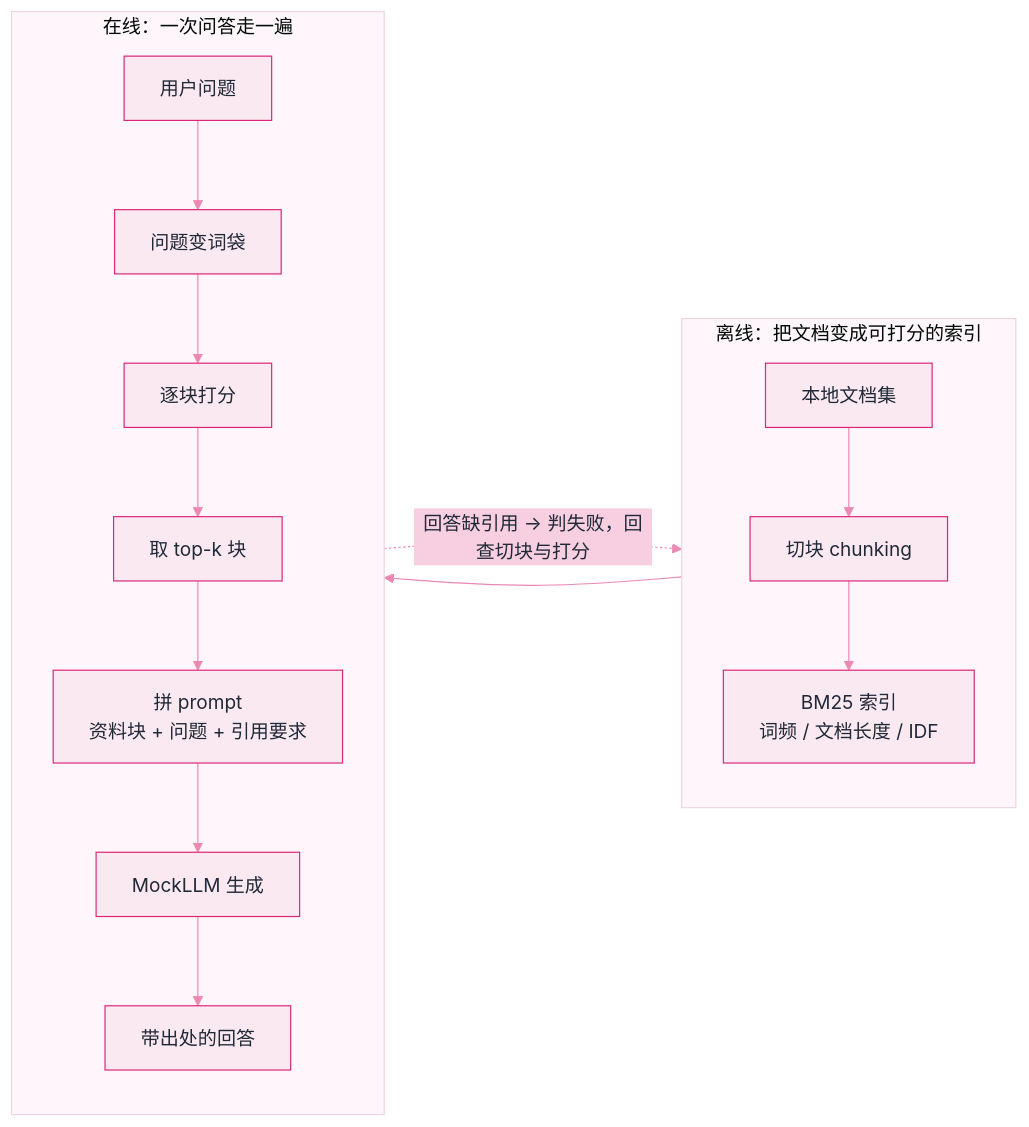
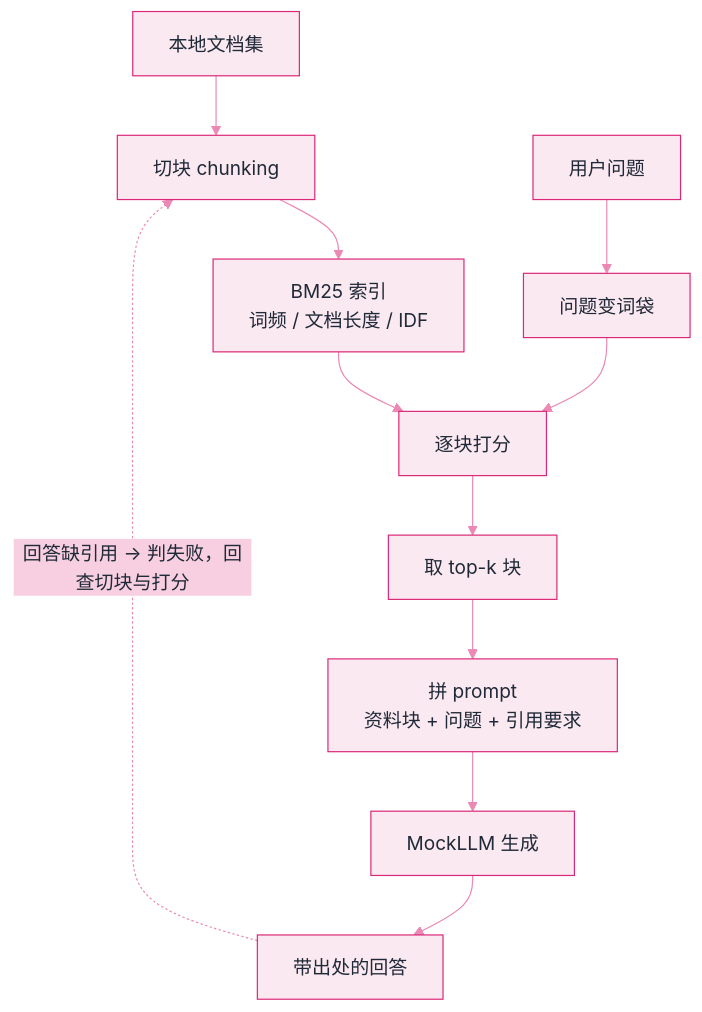
Before and after one commit to funny8kids/ai-agent-handbook: the diagram in docs/19-labs/lab2-rag.md, drawn with Mermaid. The commit also changed other lines of this file and 2 other files, not shown here.

Commit message:
Fix Lab 2 diagram legibility and recount hint cards
The swimlane form lost its inner direction once edges crossed lanes,
so the retrieval pipeline is a plain vertical flowchart again and is
readable at GitBook's content width. Hint-card totals in the README and
changelog now exclude the four examples nested in template code fences.

````diff
--- a/docs/19-labs/lab2-rag.md
+++ b/docs/19-labs/lab2-rag.md
@@ -17,20 +17,14 @@
 ```mermaid
 %%{init: {"theme":"base","themeVariables":{"primaryColor":"#FBE9F1","primaryBorderColor":"#DB2777","primaryTextColor":"#1F2937","secondaryColor":"#F7CFE1","tertiaryColor":"#FEF6FA","lineColor":"#EB88B4","actorBkg":"#FDF0F5","actorBorder":"#DB2777","actorTextColor":"#1F2937","signalColor":"#E5619C","noteBkgColor":"#F9DCE9","noteBorderColor":"#DB2777","noteTextColor":"#1F2937","labelBoxBkgColor":"#FBE9F1","labelBoxBorderColor":"#DB2777"}}}%%
-flowchart LR
-    subgraph OFF["离线：把文档变成可打分的索引"]
-        direction TB
-        DOC["本地文档集"] --> CHK["切块 chunking"]
-        CHK --> IDX["BM25 索引<br/>词频 / 文档长度 / IDF"]
-    end
-    subgraph ON["在线：一次问答走一遍"]
-        direction TB
-        Q["用户问题"] --> TOK["问题变词袋"]
-        TOK --> SC["逐块打分"]
-        SC --> TOPK["取 top-k 块"]
-        TOPK --> PR["拼 prompt<br/>资料块 + 问题 + 引用要求"]
-        PR --> LLM["MockLLM 生成"]
-        LLM --> ANS["带出处的回答"]
-    end
-    IDX --> SC
+flowchart TD
+    DOC["本地文档集"] --> CHK["切块 chunking"]
+    CHK --> IDX["BM25 索引<br/>词频 / 文档长度 / IDF"]
+    Q["用户问题"] --> TOK["问题变词袋"]
+    IDX --> SC["逐块打分"]
+    TOK --> SC
+    SC --> TOPK["取 top-k 块"]
+    TOPK --> PR["拼 prompt<br/>资料块 + 问题 + 引用要求"]
+    PR --> LLM["MockLLM 生成"]
+    LLM --> ANS["带出处的回答"]
     ANS -.->|"回答缺引用 → 判失败，回查切块与打分"| CHK
 ```
````
